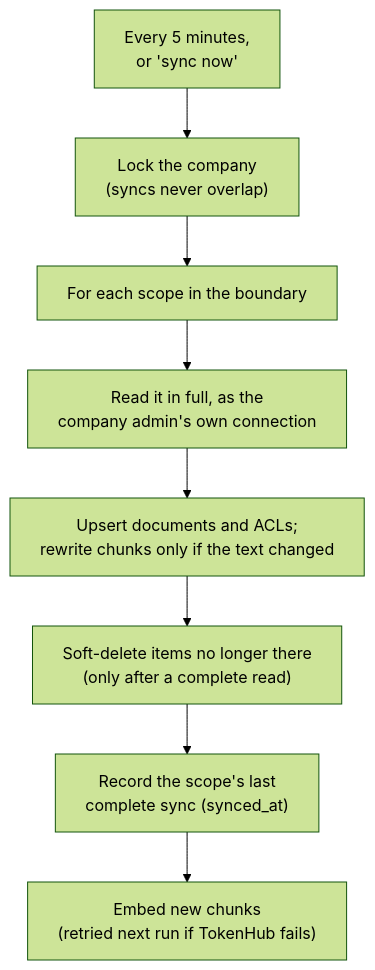
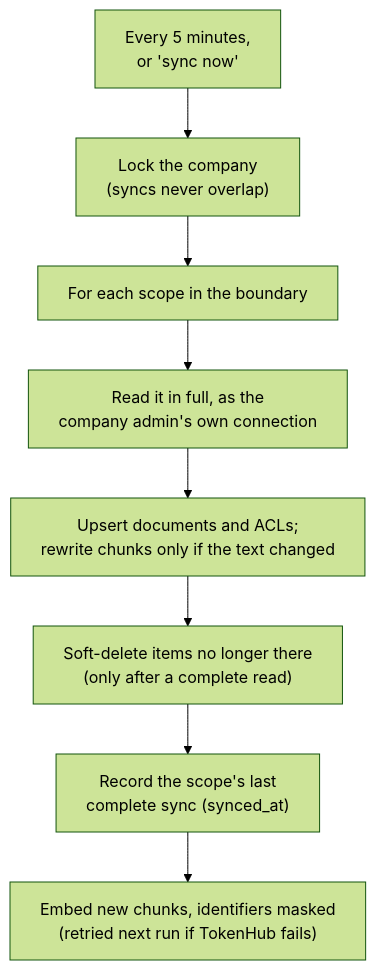
The fifth of 6 diagrams in docs/ARCHITECTURE.md (gabriel-wan/tencent-hackathon-fintech), drawn with Mermaid (forest theme) before and after one commit. The commit also changed other lines of this file and 6 other files, not shown here.

````diff
--- a/docs/ARCHITECTURE.md
+++ b/docs/ARCHITECTURE.md
@@ -190,11 +190,11 @@
 ```mermaid
 %%{init: {"flowchart": {"wrappingWidth": 360}}}%%
 flowchart TB
     T["Every 5 minutes,<br/>or 'sync now'"] --> L["Lock the company<br/>(syncs never overlap)"]
     L --> B["For each scope in the boundary"]
     B --> F["Read it in full, as the<br/>company admin's own connection"]
     F --> W["Upsert documents and ACLs;<br/>rewrite chunks only if the text changed"]
     W --> D["Soft-delete items no longer there<br/>(only after a complete read)"]
     D --> S["Record the scope's last<br/>complete sync (synced_at)"]
-    S --> E["Embed new chunks<br/>(retried next run if TokenHub fails)"]
+    S --> E["Embed new chunks, identifiers masked<br/>(retried next run if TokenHub fails)"]
 ```
````
